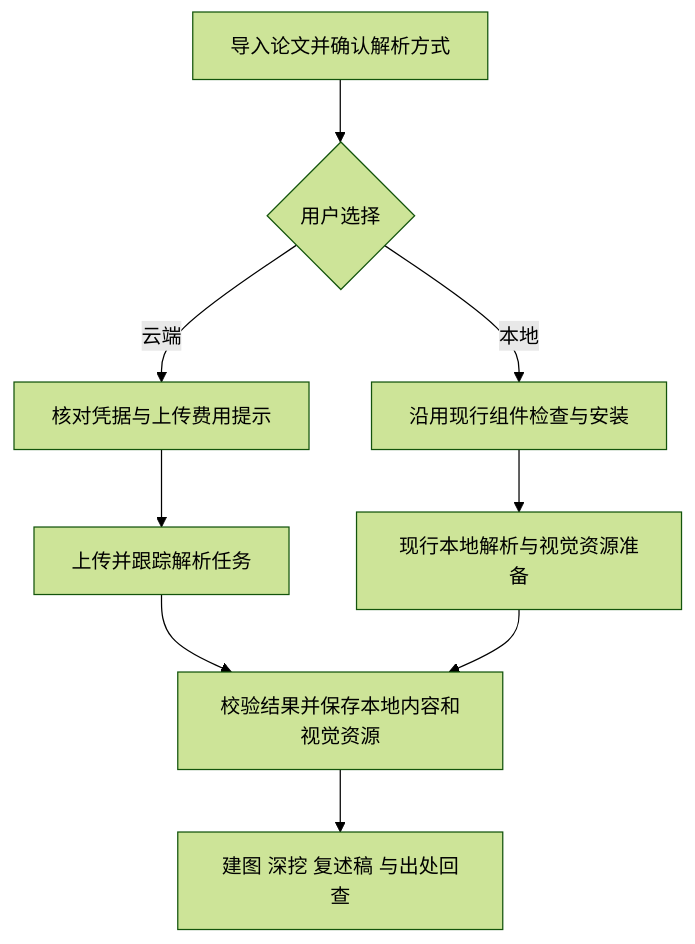
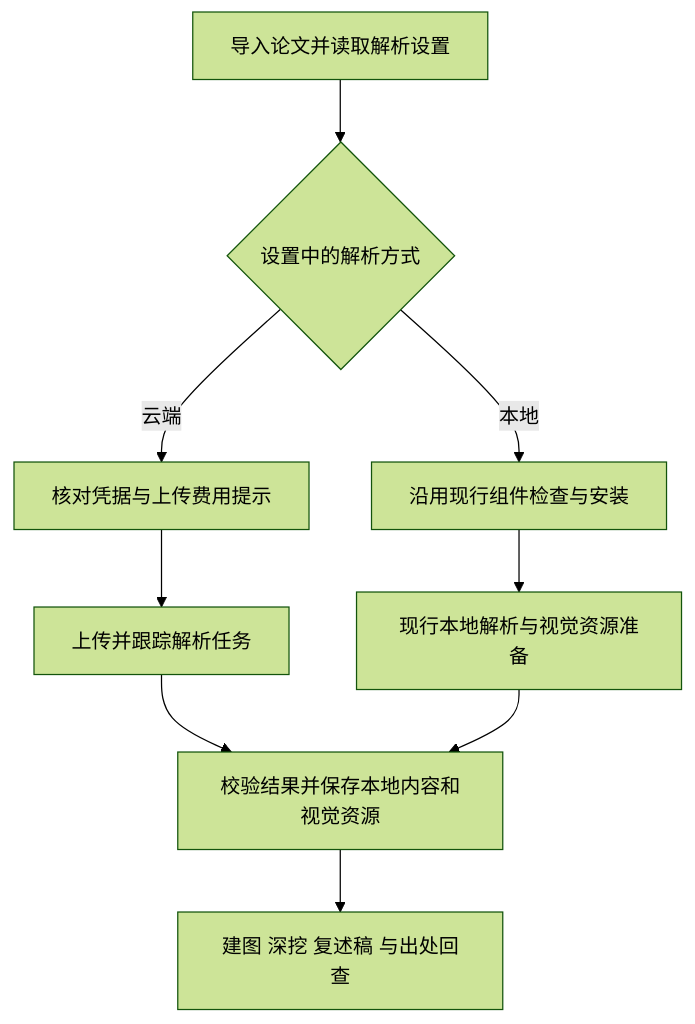
Before and after one commit to attackingjensen/paper-30min: the first of 4 diagrams in docs/plans/2026-09-30-1512-feat-parser-options-plan.md, drawn with Mermaid (forest theme). The commit also changed other lines of this file and 40 other files, not shown here.

````diff
--- a/docs/plans/2026-09-30-1512-feat-parser-options-plan.md
+++ b/docs/plans/2026-09-30-1512-feat-parser-options-plan.md
@@ -75,11 +75,11 @@
 ```mermaid
 flowchart TB
-    A[导入论文并确认解析方式] --> B{用户选择}
+    A[导入论文并读取解析设置] --> B{设置中的解析方式}
     B -->|云端| C[核对凭据与上传费用提示]
     C --> D[上传并跟踪解析任务]
     D --> E[校验结果并保存本地内容和视觉资源]
     B -->|本地| F[沿用现行组件检查与安装]
     F --> H[现行本地解析与视觉资源准备]
     H --> E
     E --> J[建图 深挖 复述稿 与出处回查]
 ```
````
